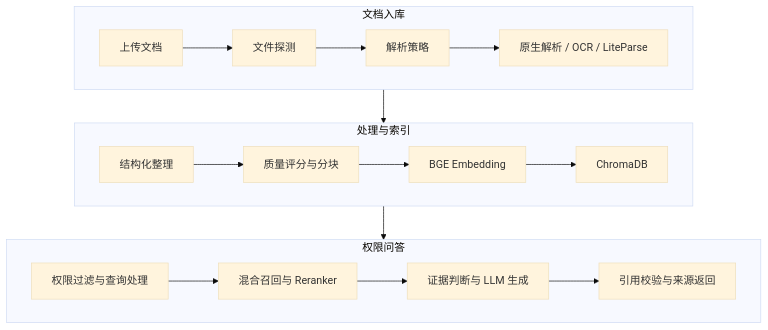
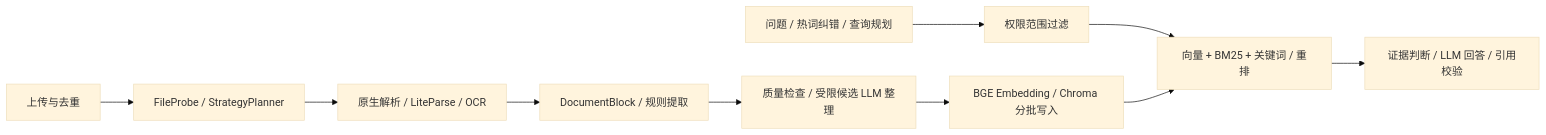
The diagram in README.md (Redamancy39/rag-agent), drawn with Mermaid (base theme) before and after one commit. The commit also changed other lines of this file and 87 other files, not shown here.

````diff
--- a/README.md
+++ b/README.md
@@ -20,26 +21,12 @@
 ```mermaid
-flowchart TB
-    subgraph INGEST["文档入库"]
-        direction LR
-        A["上传文档"] --> B["文件探测"]
-        B --> C["解析策略"]
-        C --> D["原生解析 / OCR / LiteParse"]
-    end
-
-    subgraph INDEX["处理与索引"]
-        direction LR
-        E["结构化整理"] --> F["质量评分与分块"]
-        F --> G["BGE Embedding"]
-        G --> H["ChromaDB"]
-    end
-
-    subgraph QA["权限问答"]
-        direction LR
-        I["权限过滤与查询处理"] --> J["混合召回与 Reranker"]
-        J --> K["证据判断与 LLM 生成"]
-        K --> L["引用校验与来源返回"]
-    end
-
-    D --> E
-    H --> J
+flowchart LR
+    A[上传与去重] --> B[FileProbe / StrategyPlanner]
+    B --> C[原生解析 / LiteParse / OCR]
+    C --> D[DocumentBlock / 规则提取]
+    D --> E[质量检查 / 受限候选 LLM 整理]
+    E --> F[BGE Embedding / Chroma 分批写入]
+    G[问题 / 热词纠错 / 查询规划] --> H[权限范围过滤]
+    H --> I[向量 + BM25 + 关键词 / 重排]
+    F --> I
+    I --> J[证据判断 / LLM 回答 / 引用校验]
 ```
````
